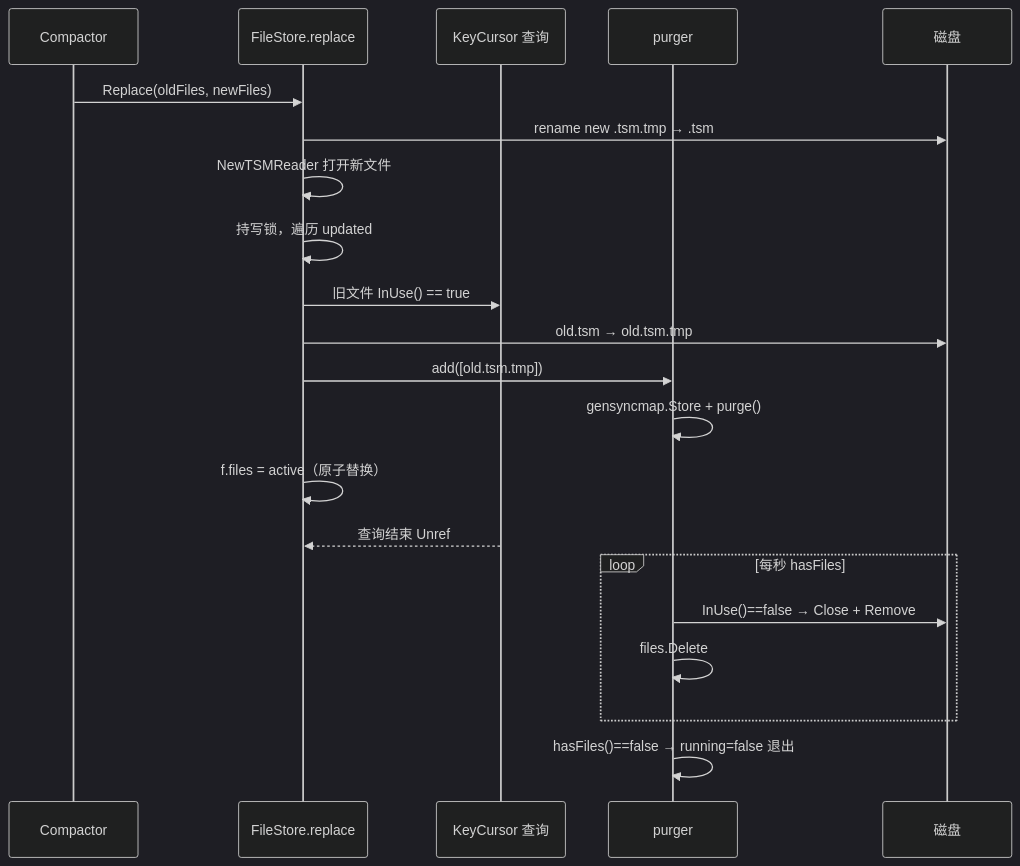
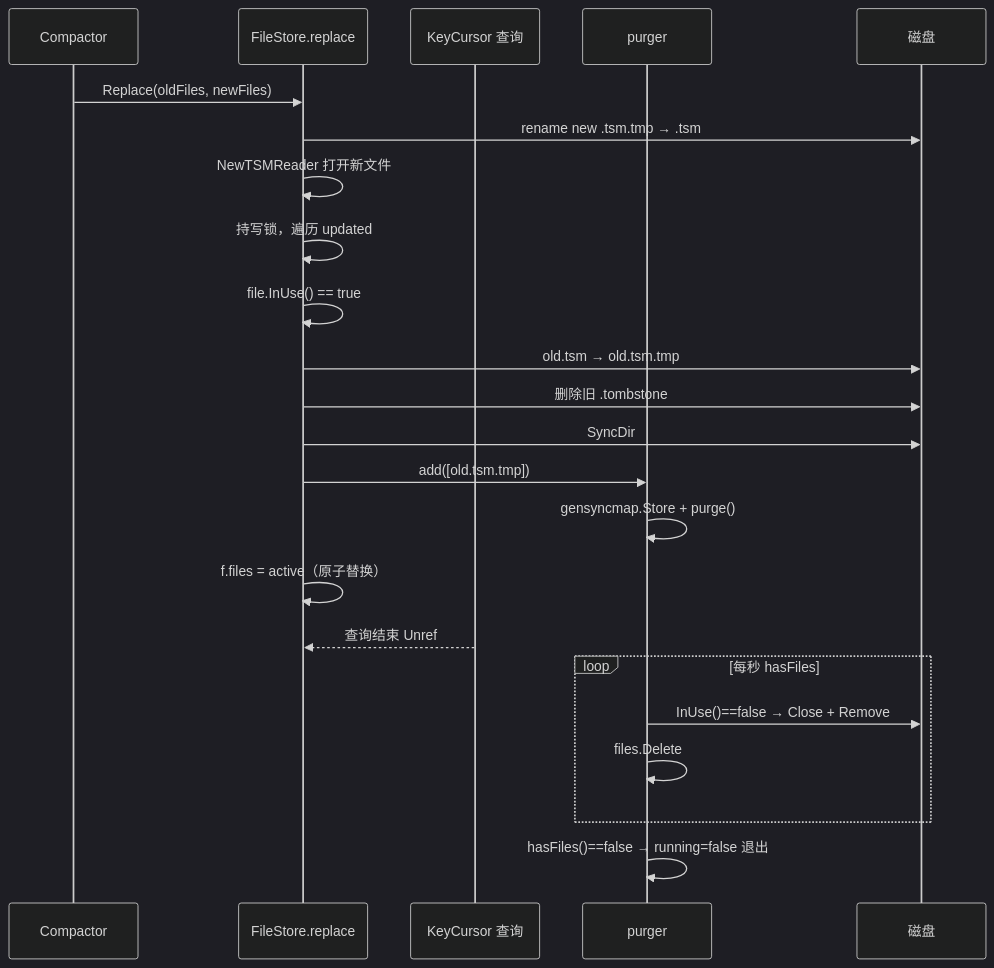
The third of 3 diagrams in docs/specs/v1.8.10-vs-v1.12.3/04_storage_compaction_diff.md (stefanv5/influxdb), drawn with Mermaid (dark theme) before and after one commit. The commit also changed other lines of this file and 7 other files, not shown here.

First line of the commit message:
docs: fix code snippets and flows in the version-diff study

````diff
--- a/docs/specs/v1.8.10-vs-v1.12.3/04_storage_compaction_diff.md
+++ b/docs/specs/v1.8.10-vs-v1.12.3/04_storage_compaction_diff.md
@@ -1419,24 +1435,26 @@
 ```mermaid
 sequenceDiagram
     participant C as Compactor
     participant FS as FileStore.replace
     participant Q as KeyCursor 查询
     participant P as purger
     participant D as 磁盘
 
     C->>FS: Replace(oldFiles, newFiles)
     FS->>D: rename new .tsm.tmp → .tsm
     FS->>FS: NewTSMReader 打开新文件
     FS->>FS: 持写锁，遍历 updated
-    FS->>Q: 旧文件 InUse() == true
+    FS->>FS: file.InUse() == true
     FS->>D: old.tsm → old.tsm.tmp
+    FS->>D: 删除旧 .tombstone
+    FS->>D: SyncDir
     FS->>P: add([old.tsm.tmp])
     P->>P: gensyncmap.Store + purge()
     FS->>FS: f.files = active（原子替换）
     Q-->>FS: 查询结束 Unref
     loop 每秒 hasFiles
         P->>D: InUse()==false → Close + Remove
         P->>P: files.Delete
     end
     P->>P: hasFiles()==false → running=false 退出
 ```
````
